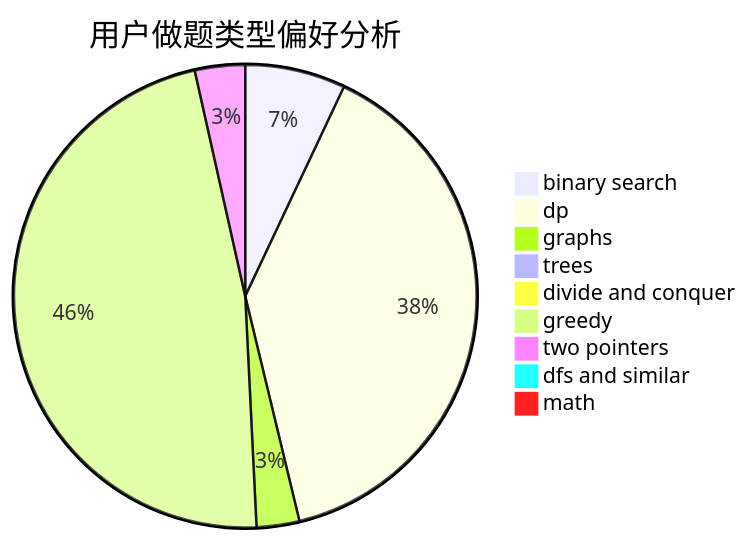
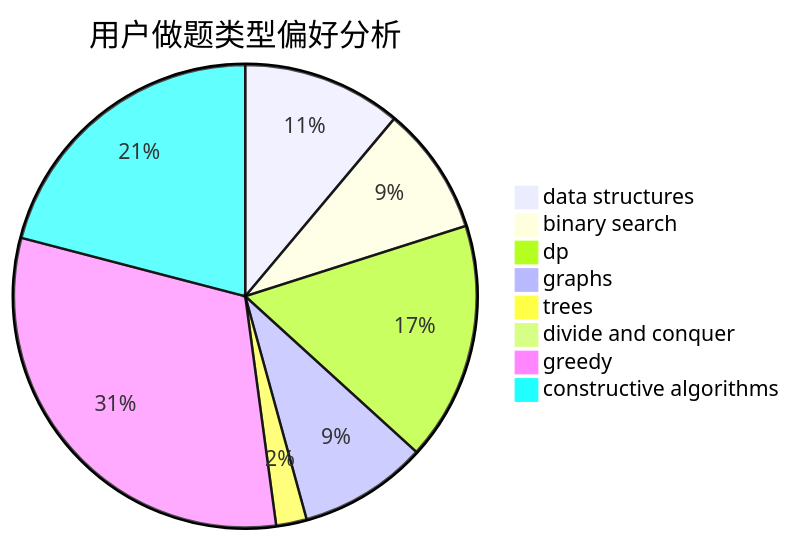
The second of 3 diagrams in docs/user/u979.md (sherpahu/cfrs.github.io), drawn with Mermaid before and after one commit. The commit also changed other lines of this file and 2775 other files, not shown here.

````diff
--- a/docs/user/u979.md
+++ b/docs/user/u979.md
@@ -23,12 +23,11 @@
 ```mermaid
 pie title 用户做题类型偏好分析
-    "binary search" :  54
-    "dp" :  302
-    "graphs" :  23
+    "data structures" :  26
+    "binary search" :  21
+    "dp" :  39
+    "graphs" :  21
     "trees" :  5
     "divide and conquer" :  2
-    "greedy" :  364
-    "two pointers" :  27
-    "dfs and similar" :  7
-    "math" :  7
+    "greedy" :  73
+    "constructive algorithms" :  49
 ```
````
